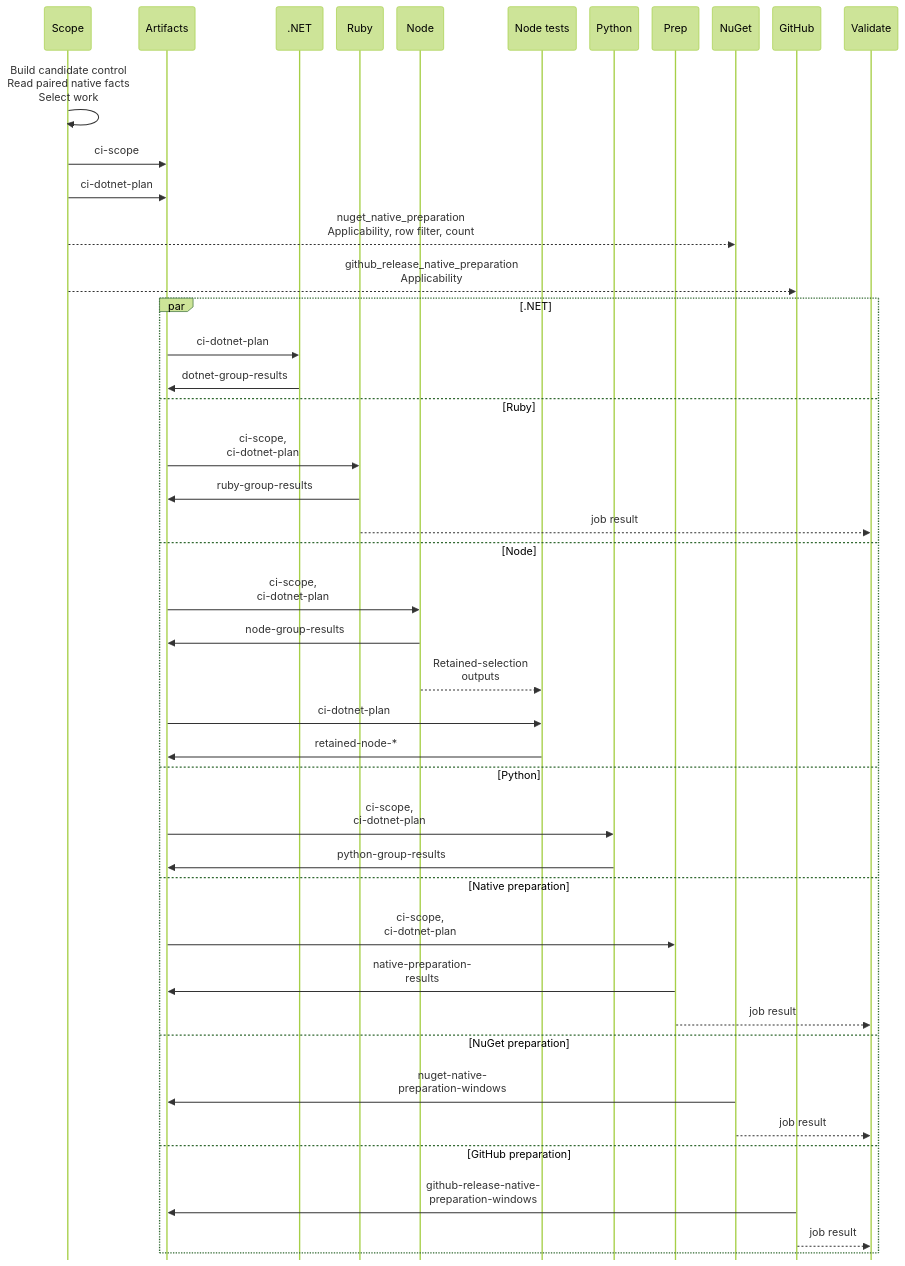
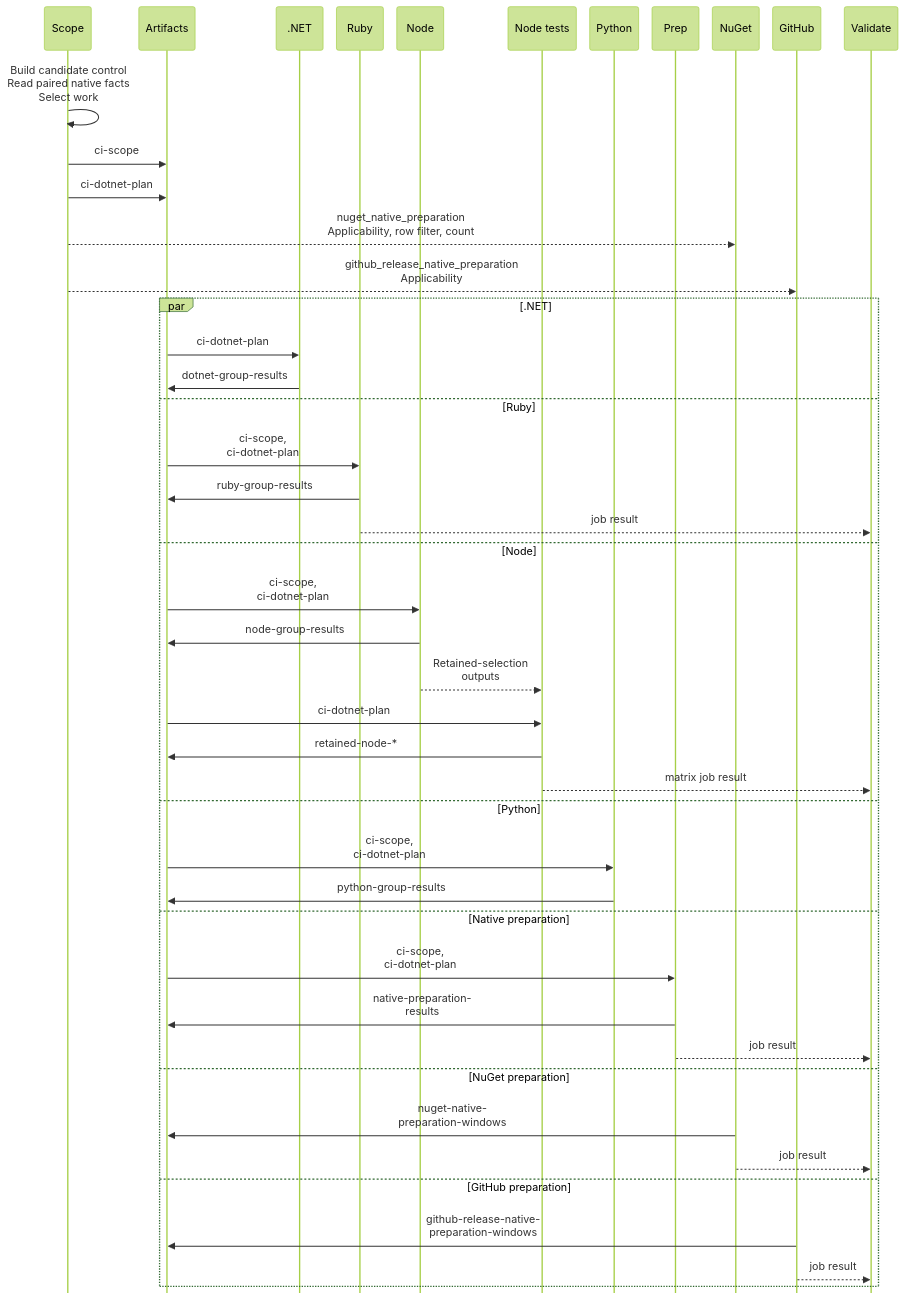
One commit to hcoona/three changed the second of 2 diagrams in src/private/app/workflow-delivery/docs/design/ci.md. Above: the diagram before and after it, drawn with Mermaid (forest theme). The commit also changed other lines of this file and 11 other files, not shown here.

````diff
--- a/src/private/app/workflow-delivery/docs/design/ci.md
+++ b/src/private/app/workflow-delivery/docs/design/ci.md
@@ -89,47 +91,48 @@
 ```mermaid
 %%{init: {"sequence": {"width": 70, "actorMargin": 20, "mirrorActors": false}}}%%
 sequenceDiagram
     participant Scope
     participant Store as Artifacts
     participant DotNet as .NET
     participant Ruby
     participant Node
     participant NodeTests as Node tests
     participant Python
     participant Prep
     participant NuGet
     participant Github as GitHub
     participant Validate
     Scope->>Scope: Build candidate control<br/>Read paired native facts<br/>Select work
     Scope->>Store: ci-scope
     Scope->>Store: ci-dotnet-plan
     Scope-->>NuGet: nuget_native_preparation<br/>Applicability, row filter, count
     Scope-->>Github: github_release_native_preparation<br/>Applicability
     par .NET
         Store->>DotNet: ci-dotnet-plan
         DotNet->>Store: dotnet-group-results
     and Ruby
         Store->>Ruby: ci-scope,<br/>ci-dotnet-plan
         Ruby->>Store: ruby-group-results
         Ruby-->>Validate: job result
     and Node
         Store->>Node: ci-scope,<br/>ci-dotnet-plan
         Node->>Store: node-group-results
         Node-->>NodeTests: Retained-selection<br/>outputs
         Store->>NodeTests: ci-dotnet-plan
         NodeTests->>Store: retained-node-*
+        NodeTests-->>Validate: matrix job result
     and Python
         Store->>Python: ci-scope,<br/>ci-dotnet-plan
         Python->>Store: python-group-results
     and Native preparation
         Store->>Prep: ci-scope,<br/>ci-dotnet-plan
         Prep->>Store: native-preparation-<br/>results
         Prep-->>Validate: job result
     and NuGet preparation
         NuGet->>Store: nuget-native-<br/>preparation-windows
         NuGet-->>Validate: job result
     and GitHub preparation
         Github->>Store: github-release-native-<br/>preparation-windows
         Github-->>Validate: job result
     end
 ```
````
